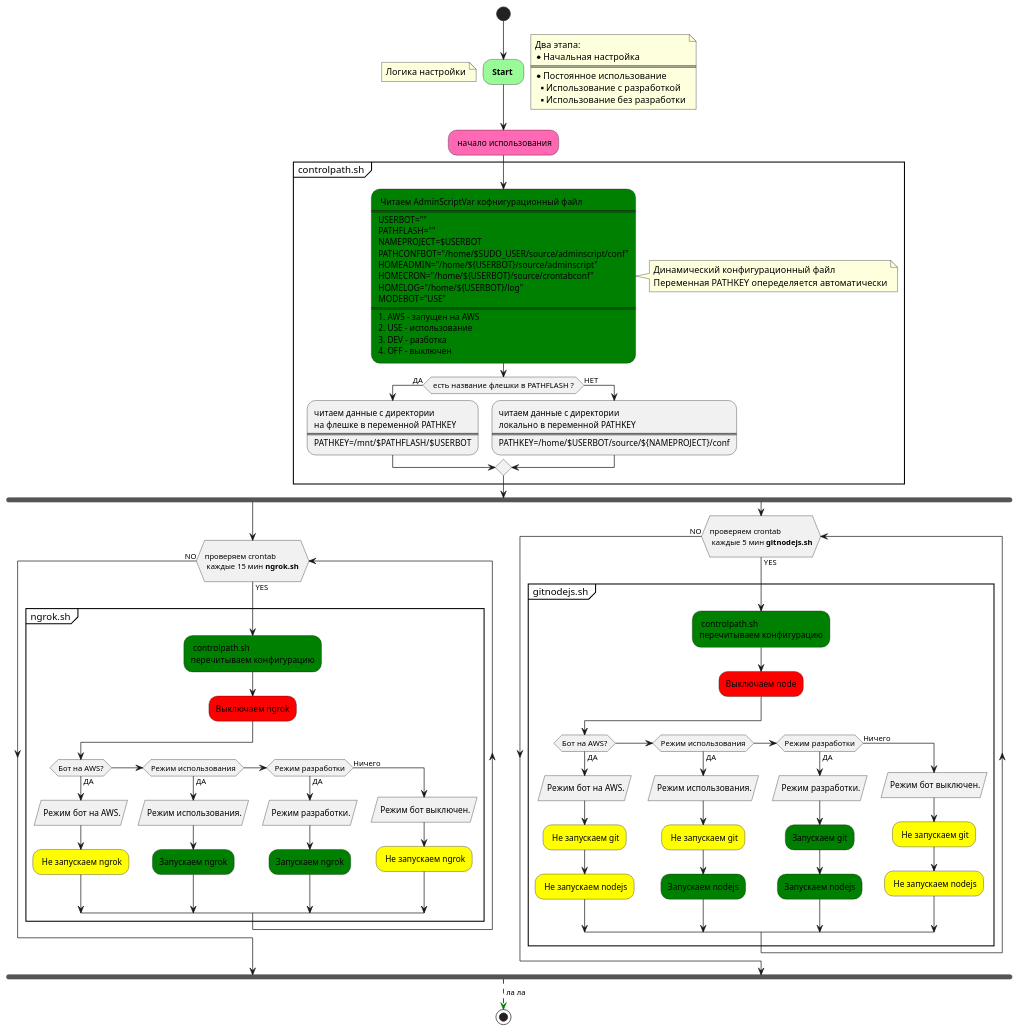
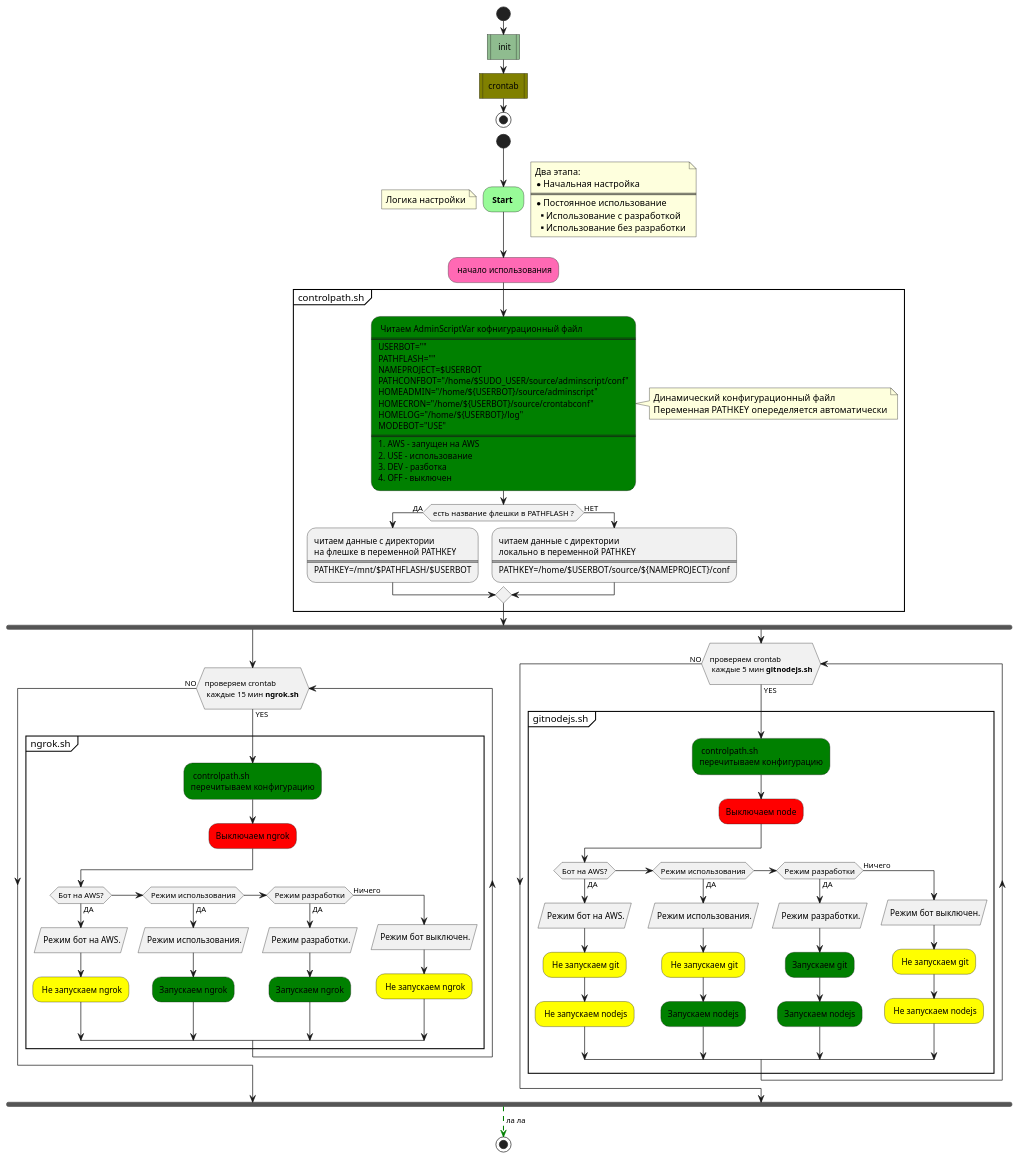
One commit to N1kD21/adminscript changed the diagram in conf/algoritm.pu. Above: the diagram before and after it, drawn with PlantUML. The commit also changed 6 other files, not shown here.

```diff
--- a/conf/algoritm.pu
+++ b/conf/algoritm.pu
@@ -1,140 +1,147 @@
 @startuml
+
+start
+
+#DarkSeaGreen:  init |
+
+#Olive: crontab |
+
+stop
 
 
 start
-
 
 #palegreen: **Start ** ;
 floating note left: Логика настройки
 note right
 Два этапа:
 * Начальная настройка
 ====
 * Постоянное использование
 ** Использование с разработкой
 ** Использование без разработки
 end note
 
 #HotPink: начало использования;
 
 partition " controlpath.sh " {
 
 #GREEN: Читаем AdminScriptVar  кофнигурационный файл
 ====
 USERBOT=""
 PATHFLASH=""
 NAMEPROJECT=$USERBOT
 PATHCONFBOT="/home/$SUDO_USER/source/adminscript/conf"
 HOMEADMIN="/home/${USERBOT}/source/adminscript"
 HOMECRON="/home/${USERBOT}/source/crontabconf"
 HOMELOG="/home/${USERBOT}/log"
 MODEBOT="USE"
 =====
 # AWS - запущен на AWS
 # USE - использование
 # DEV - разботка
 # OFF - выключен;
 
 
 note right
 Динамический конфигурационный файл
 Переменная PATHKEY опеределяется автоматически
 end note
 
 
 if ( есть название флешки в PATHFLASH ? ) then (ДА)
 :читаем данные с директории
 на флешке в переменной PATHKEY
 ====
 PATHKEY=/mnt/$PATHFLASH/$USERBOT;
 else (НЕТ)
 :читаем данные с директории
 локально в переменной PATHKEY
 ====
 PATHKEY=/home/$USERBOT/source/${NAMEPROJECT}/conf;
 endif
 
 }
 
 fork
 
 while (\nпроверяем crontab \n каждые 15 мин <b>ngrok.sh</b> \n) is (YES)
 
 
 partition " ngrok.sh " {
 
 #GREEN: controlpath.sh
 перечитываем конфигурацию;
 
 #RED:Выключаем ngrok;
 
 
 if (Бот на AWS?) then (ДА)
 : Режим бот на AWS./
 #YELLOW: Не запускаем ngrok;
 
 elseif (Режим использования) then (ДА)
 : Режим использования./
 #GREEN:Запускаем ngrok;
 
 elseif (Режим разработки) then (ДА)
 : Режим разработки./
 #GREEN:Запускаем ngrok;
 
 else (Ничего)
 
 : Режим бот выключен./
 #YELLOW: Не запускаем ngrok;
 
 endif
 
 
 }
 
 endwhile (NO)
 
 fork again
 
 while (\nпроверяем crontab \n каждые 5 мин <b>gitnodejs.sh</b>\n) is (YES)
 
 partition " gitnodejs.sh " {
 
 #GREEN: controlpath.sh
 перечитываем конфигурацию;
 
 #RED:Выключаем node;
 
 
 if (Бот на AWS?) then (ДА)
 : Режим бот на AWS./
 #YELLOW: Не запускаем git;
 #YELLOW: Не запускаем nodejs;
 elseif (Режим использования) then (ДА)
 : Режим использования./
 #YELLOW: Не запускаем git;
 #GREEN:Запускаем nodejs;
 elseif (Режим разработки) then (ДА)
 : Режим разработки./
 #GREEN:Запускаем git;
 #GREEN:Запускаем nodejs;
 else (Ничего)
 : Режим бот выключен./
 #YELLOW: Не запускаем git;
 #YELLOW: Не запускаем nodejs;
 endif
 
 
 }
 
 endwhile (NO)
 
 
 end fork
 
 
 -[#green,dashed]-> ла ла;
 
 
 stop
 
 @enduml
```
